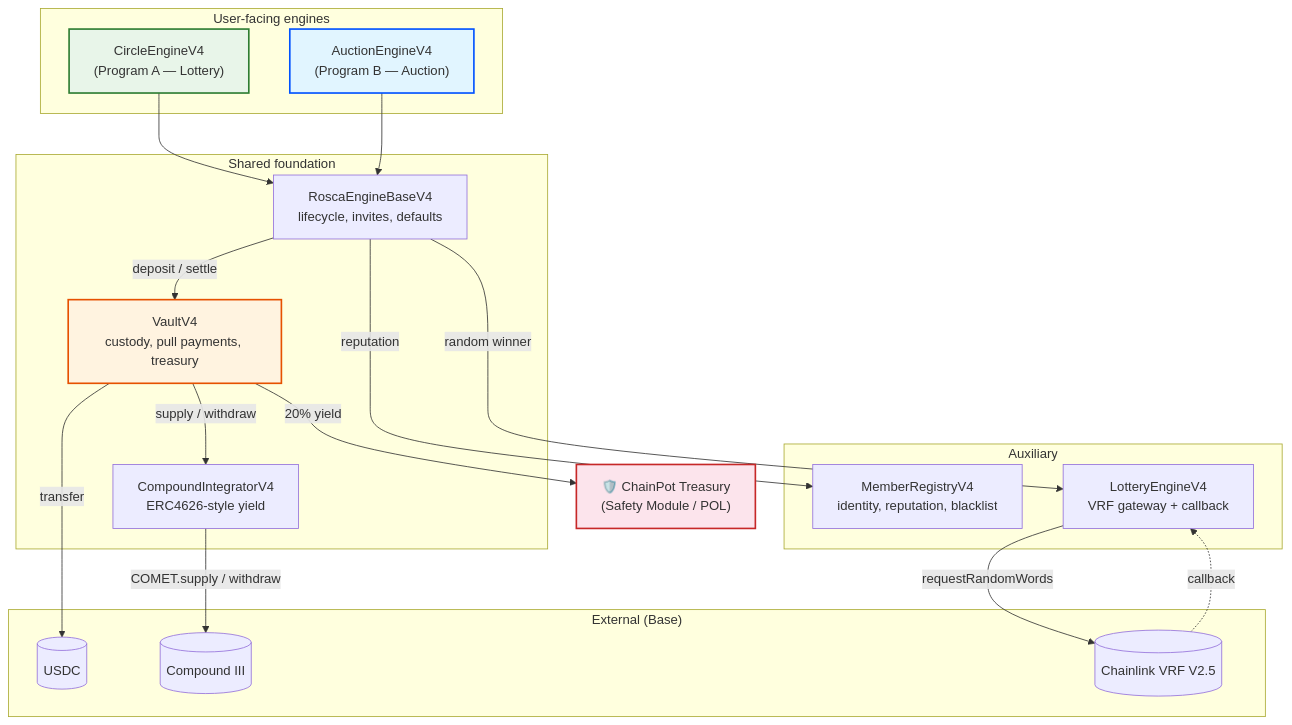
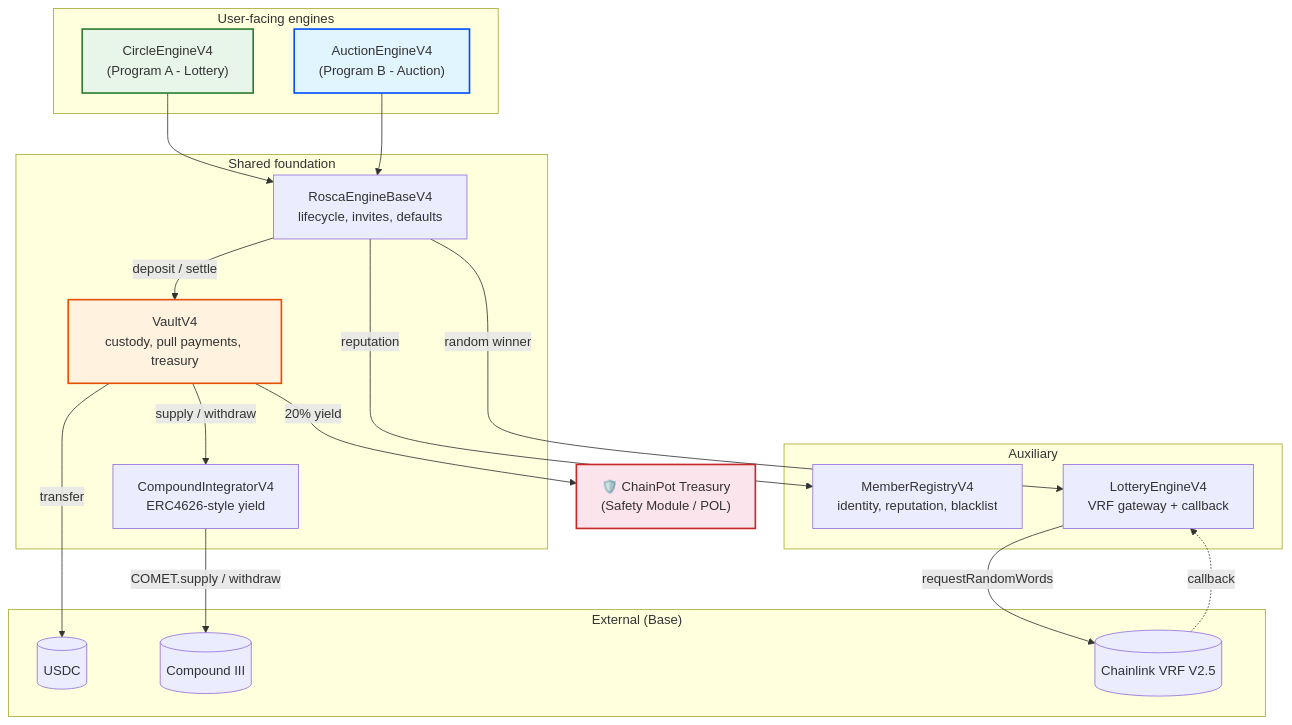
Before and after one commit to Web3Spell/chainpot: the first of 5 diagrams in README.md, drawn with Mermaid. The commit also changed other lines of this file, not shown here.

````diff
--- a/README.md
+++ b/README.md
@@ -36,41 +40,41 @@
 ```mermaid
 graph TB
     subgraph Engines["User-facing engines"]
-        CE["CircleEngineV4<br/>(Program A — Lottery)"]
-        AE["AuctionEngineV4<br/>(Program B — Auction)"]
+        CE["CircleEngineV4<br/>(Program A - Lottery)"]
+        AE["AuctionEngineV4<br/>(Program B - Auction)"]
     end
 
     subgraph Core["Shared foundation"]
         REB["RoscaEngineBaseV4<br/>lifecycle, invites, defaults"]
         V["VaultV4<br/>custody, pull payments, treasury"]
         CI["CompoundIntegratorV4<br/>ERC4626-style yield"]
     end
 
     subgraph Auxiliary["Auxiliary"]
         MR["MemberRegistryV4<br/>identity, reputation, blacklist"]
         LE["LotteryEngineV4<br/>VRF gateway + callback"]
     end
 
     subgraph External["External (Base)"]
         USDC[(USDC)]
         COMET[(Compound III)]
         VRF[(Chainlink VRF V2.5)]
     end
 
     CE --> REB
     AE --> REB
     REB -->|deposit / settle| V
     REB -->|reputation| MR
     REB -->|random winner| LE
     V -->|supply / withdraw| CI
     CI -->|COMET.supply / withdraw| COMET
     LE -->|requestRandomWords| VRF
     VRF -.callback.-> LE
     V -->|transfer| USDC
     V -->|20% yield| Treasury["🛡️ ChainPot Treasury<br/>(Safety Module / POL)"]
 
     style CE fill:#e8f5e9,stroke:#2e7d32,stroke-width:2px
     style AE fill:#e1f5ff,stroke:#0052FF,stroke-width:2px
     style V fill:#fff3e0,stroke:#e65100,stroke-width:2px
     style Treasury fill:#fce4ec,stroke:#c62828,stroke-width:2px
 ```
````
